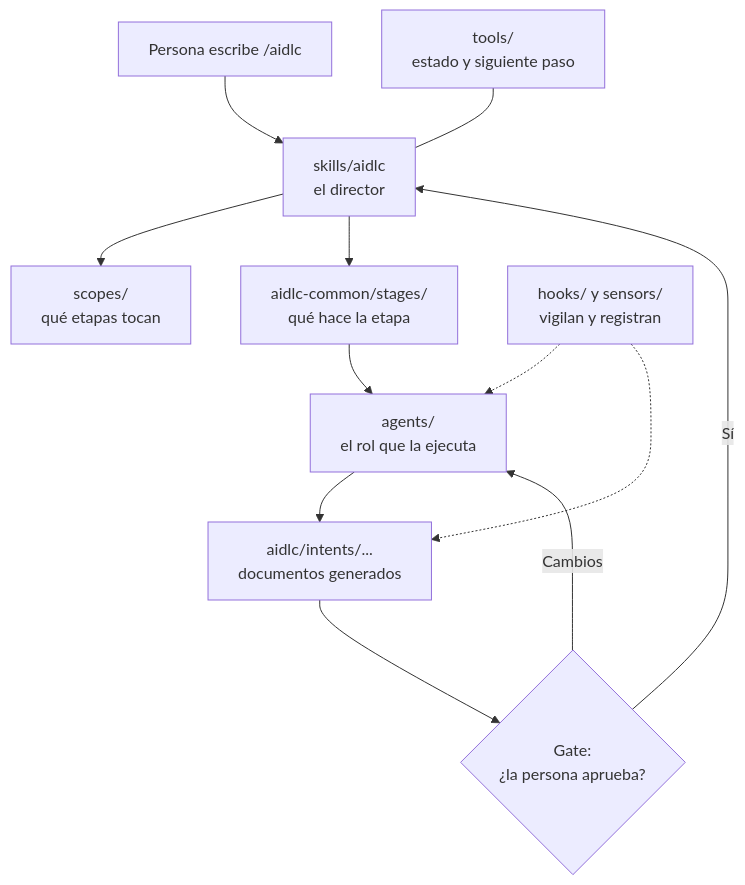
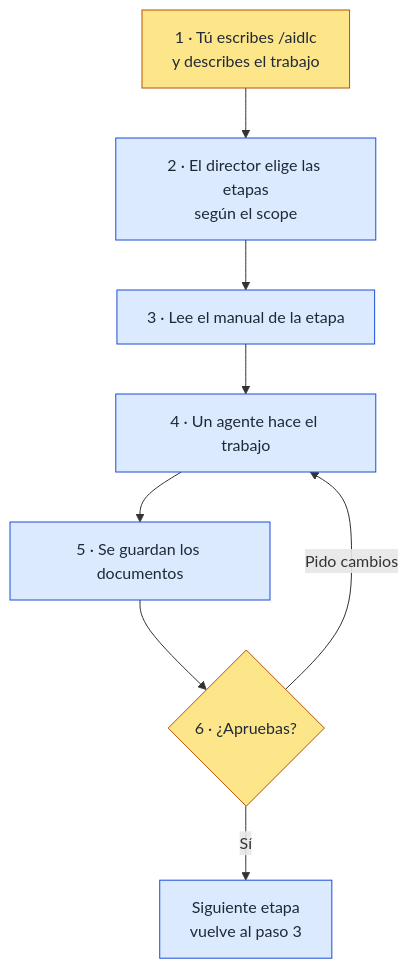
Before and after one commit to agentile1sp/panel: the fourth of 4 diagrams in playbook/02-anatomia-del-repo/00-mapa-general.md, drawn with Mermaid. The commit also changed other lines of this file, not shown here.

Commit message:
docs(playbook): simplificar el diagrama de cómo encajan las piezas
Flujo lineal y numerado, colores persona/motor y procesos de segundo
plano explicados en texto en lugar de flechas.

````diff
--- a/playbook/02-anatomia-del-repo/00-mapa-general.md
+++ b/playbook/02-anatomia-del-repo/00-mapa-general.md
@@ -137,14 +137,19 @@
 ```mermaid
 flowchart TD
-    P["Persona escribe /aidlc"] --> S["skills/aidlc<br/>el director"]
-    S --> SC["scopes/<br/>qué etapas tocan"]
-    S --> ST["aidlc-common/stages/<br/>qué hace la etapa"]
-    ST --> A["agents/<br/>el rol que la ejecuta"]
-    A --> D["aidlc/intents/...<br/>documentos generados"]
-    T["tools/<br/>estado y siguiente paso"] --- S
-    H["hooks/ y sensors/<br/>vigilan y registran"] -.-> A
-    H -.-> D
-    D --> G{"Gate:<br/>¿la persona aprueba?"}
-    G -- Sí --> S
-    G -- Cambios --> A
+    A["1 · Tú escribes /aidlc<br/>y describes el trabajo"]
+    B["2 · El director elige las etapas<br/>según el scope"]
+    C["3 · Lee el manual de la etapa"]
+    D["4 · Un agente hace el trabajo"]
+    E["5 · Se guardan los documentos"]
+    F{"6 · ¿Apruebas?"}
+    G["Siguiente etapa<br/>vuelve al paso 3"]
+
+    A --> B --> C --> D --> E --> F
+    F -- Sí --> G
+    F -- Pido cambios --> D
+
+    classDef persona fill:#fde68a,stroke:#b45309,color:#1f2937
+    classDef motor fill:#dbeafe,stroke:#1d4ed8,color:#1f2937
+    class A,F persona
+    class B,C,D,E,G motor
 ```
````
